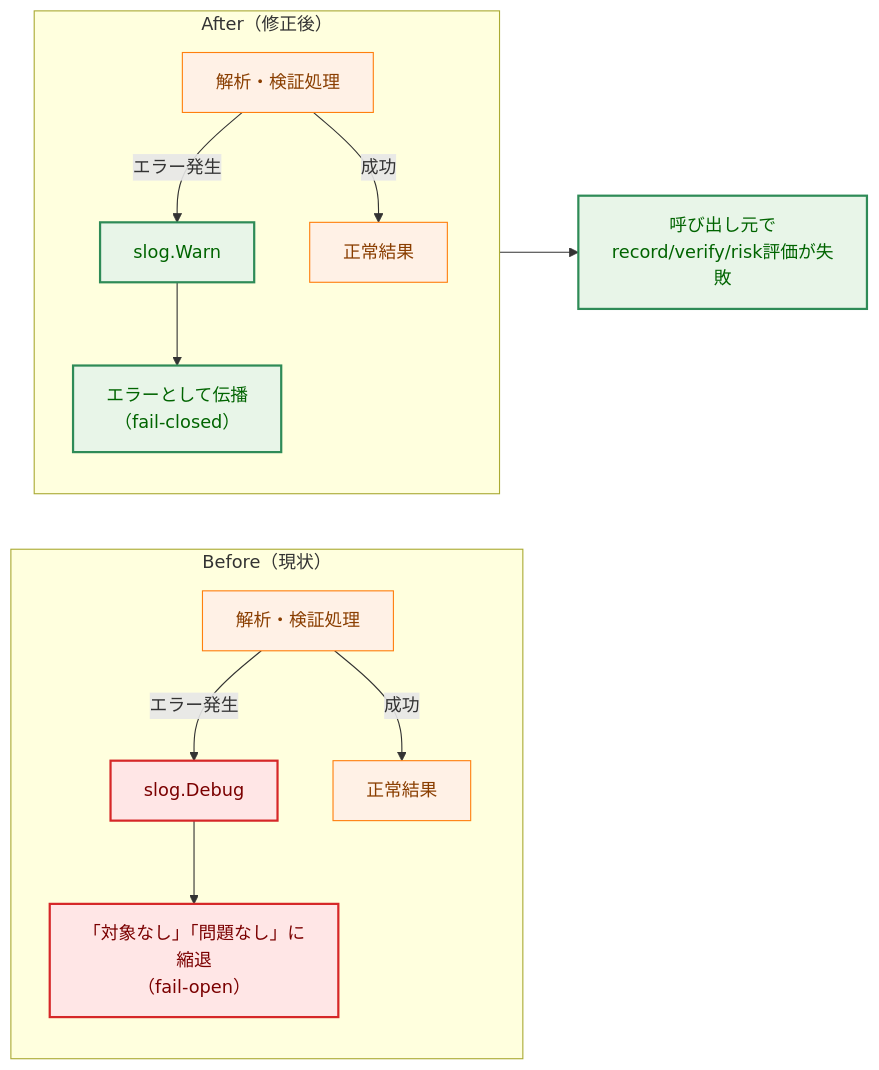
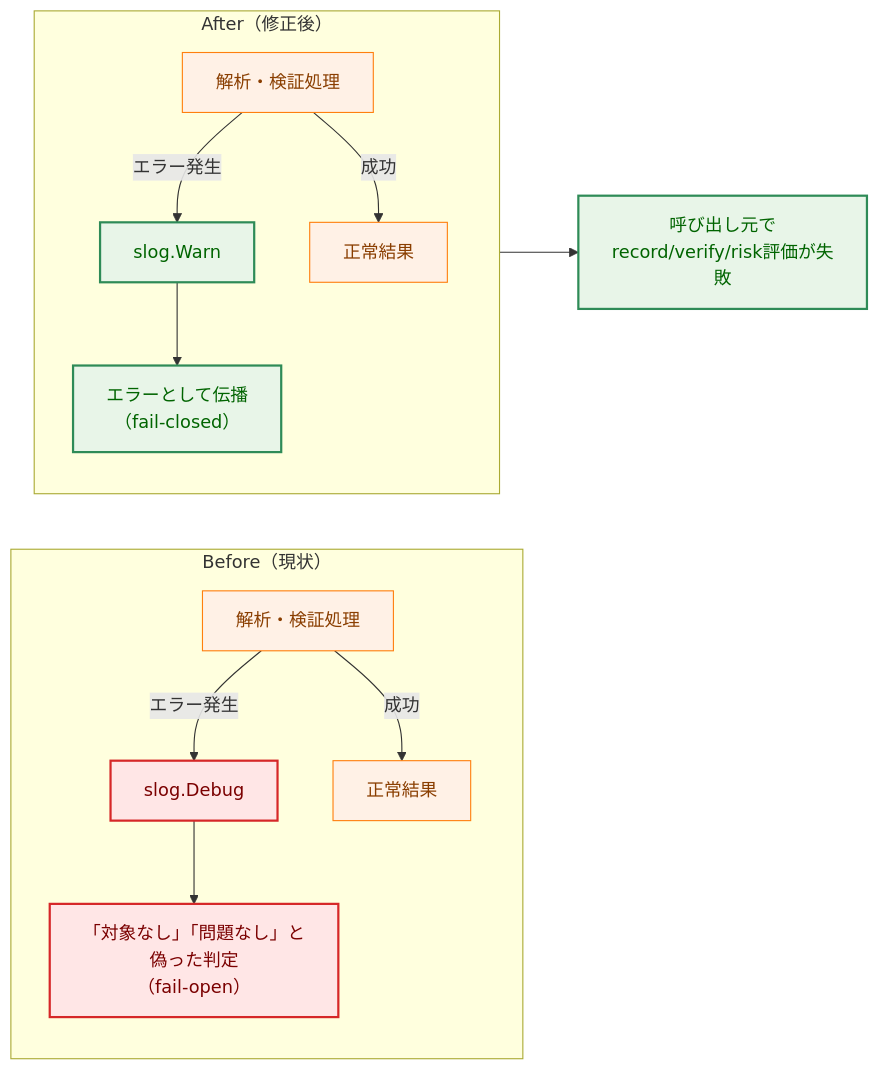
The first of 5 diagrams in docs/tasks/0153_failopen_error_handling_crosscut/02_architecture.md (isseis/go-safe-cmd-runner), drawn with Mermaid before and after one commit. The commit also changed other lines of this file, not shown here.

````diff
--- a/docs/tasks/0153_failopen_error_handling_crosscut/02_architecture.md
+++ b/docs/tasks/0153_failopen_error_handling_crosscut/02_architecture.md
@@ -37,28 +37,28 @@
 ```mermaid
 flowchart LR
     classDef process fill:#fff1e6,stroke:#ff7f0e,stroke-width:1px,color:#8a3e00;
     classDef problem fill:#ffe6e6,stroke:#d62728,stroke-width:2px,color:#7b0000;
     classDef enhanced fill:#e8f5e8,stroke:#2e8b57,stroke-width:2px,color:#006400;
 
     subgraph Before["Before（現状）"]
         direction TB
         S1["解析・検証処理"] -->|"エラー発生"| L1["slog.Debug"]
-        L1 --> R1["「対象なし」「問題なし」に縮退<br>（fail-open）"]
+        L1 --> R1["「対象なし」「問題なし」と偽った判定<br>（fail-open）"]
         S1 -->|"成功"| N1["正常結果"]
     end
 
     subgraph After["After（修正後）"]
         direction TB
         S2["解析・検証処理"] -->|"エラー発生"| L2["slog.Warn"]
         L2 --> R2["エラーとして伝播<br>（fail-closed）"]
         S2 -->|"成功"| N2["正常結果"]
     end
 
     class S1,S2 process
     class L1,R1 problem
     class L2,R2 enhanced
     class N1,N2 process
 
     After --> Caller["呼び出し元で<br>record/verify/risk評価が失敗"]
     class Caller enhanced
 ```
````
